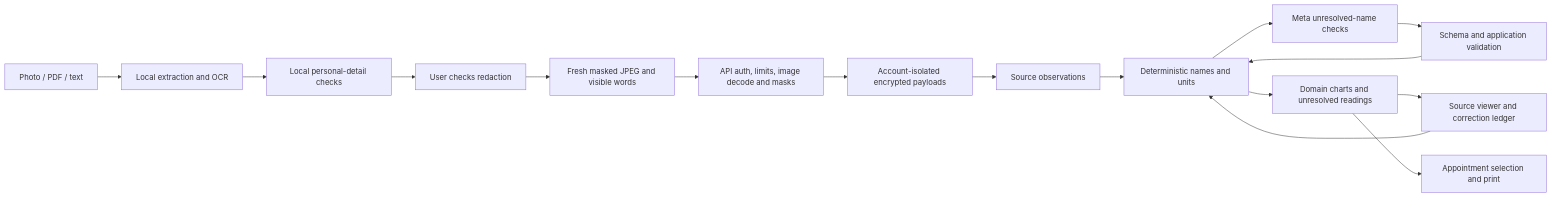
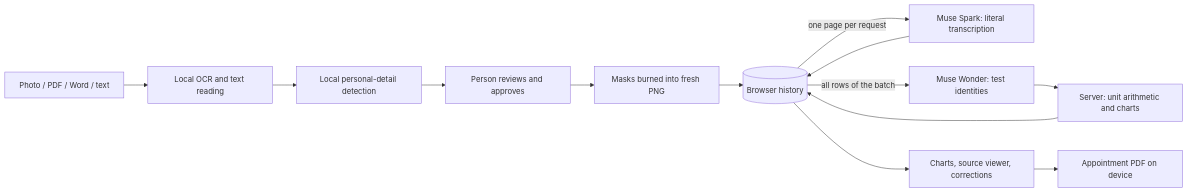
One commit to Caranea/carryover-labs changed the diagram in docs/architecture.md. Above: the diagram before and after it, drawn with Mermaid. The commit also changed other lines of this file and 235 other files, not shown here.

````diff
--- a/docs/architecture.md
+++ b/docs/architecture.md
@@ -5,18 +5,15 @@
 ```mermaid
 flowchart LR
-  F[Photo / PDF / text] --> L[Local extraction and OCR]
-  L --> P[Local personal-detail checks]
-  P --> U[User checks redaction]
-  U --> B[Fresh masked JPEG and visible words]
-  B --> V[API auth, limits, image decode and masks]
-  V --> S[Account-isolated encrypted payloads]
-  S --> E[Source observations]
-  E --> R[Deterministic names and units]
-  R --> M[Meta unresolved-name checks]
-  M --> J[Schema and application validation]
-  J --> R
-  R --> C[Domain charts and unresolved readings]
-  C --> O[Source viewer and correction ledger]
-  O --> R
-  C --> A[Appointment selection and print]
+  F[Photo / PDF / Word / text] --> O[Local OCR and text reading]
+  O --> P[Local personal-detail detection]
+  P --> R[Person reviews and approves]
+  R --> B[Masks burned into fresh PNG]
+  B --> H[(Browser history)]
+  H -- one page per request --> S[Muse Spark: literal transcription]
+  S --> H
+  H -- all rows of the batch --> W[Muse Wonder: test identities]
+  W --> D[Server: unit arithmetic and charts]
+  D --> H
+  H --> C[Charts, source viewer, corrections]
+  C --> A[Appointment PDF on device]
 ```
````
